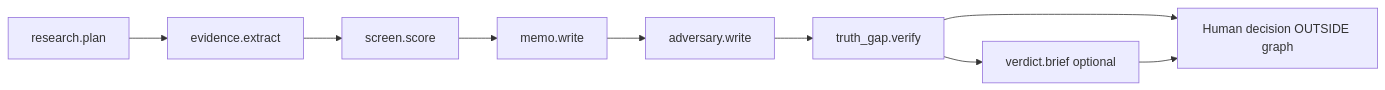
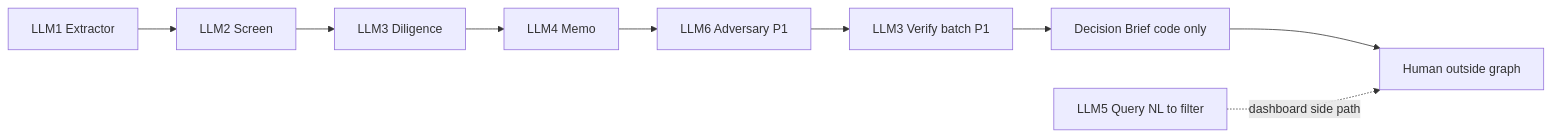
Before and after one commit to YagizSeymen/testtry: the sixth of 8 diagrams in Plan.md, drawn with Mermaid. The commit also changed other lines of this file, not shown here.

````diff
--- a/Plan.md
+++ b/Plan.md
@@ -238,15 +240,15 @@
 ```mermaid
 flowchart LR
-  Plan[research.plan]
-  Extract[evidence.extract]
-  Screen[screen.score]
-  Memo[memo.write]
-  Adv[adversary.write]
-  Truth[truth_gap.verify]
-  Brief[verdict.brief optional]
-  Human[Human decision OUTSIDE graph]
+  E[LLM1 Extractor]
+  S[LLM2 Screen]
+  D[LLM3 Diligence]
+  M[LLM4 Memo]
+  Q[LLM5 Query NL to filter]
+  A[LLM6 Adversary P1]
+  V[LLM3 Verify batch P1]
+  B[Decision Brief code only]
+  H[Human outside graph]
 
-  Plan --> Extract --> Screen --> Memo --> Adv --> Truth --> Brief
-  Truth --> Human
-  Brief --> Human
+  E --> S --> D --> M --> A --> V --> B --> H
+  Q -.->|dashboard side path| H
 ```
````
